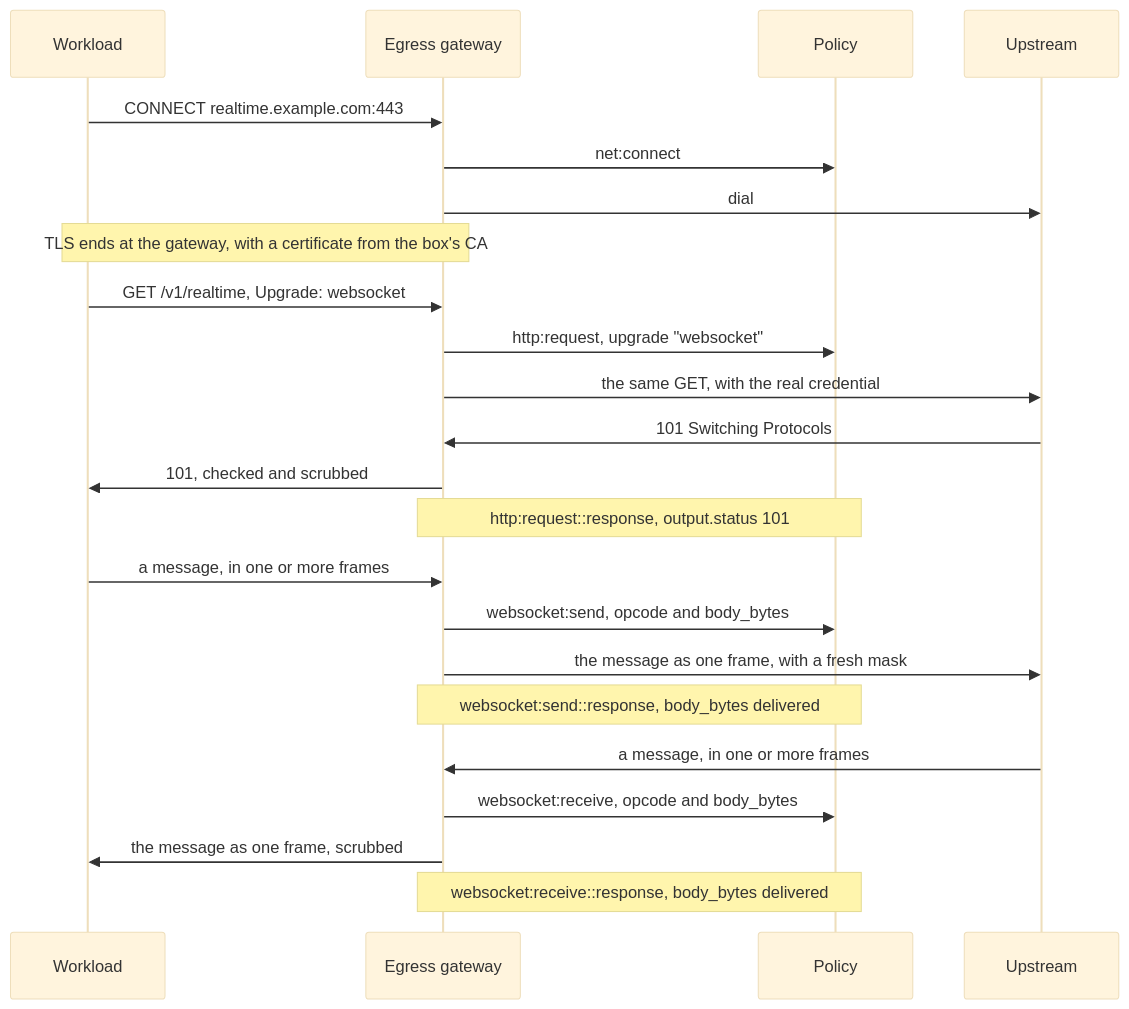
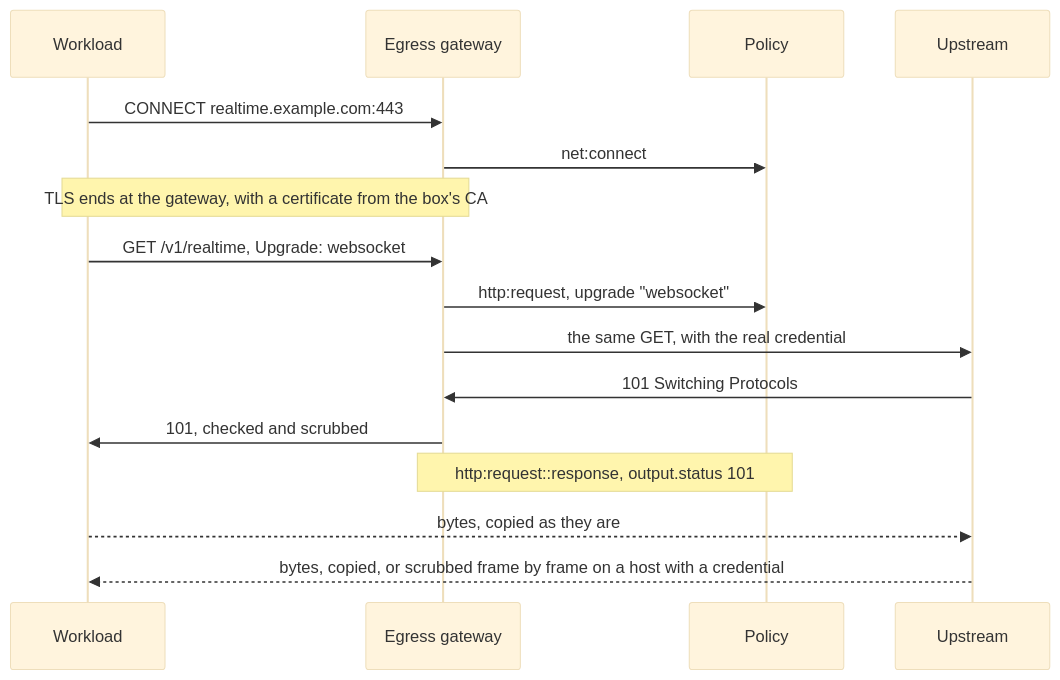
Before and after one commit to strands-agents/box: the diagram in team/designs/0007-egress-websocket.md, drawn with Mermaid (base theme). The commit also changed other lines of this file, not shown here.

````diff
--- a/team/designs/0007-egress-websocket.md
+++ b/team/designs/0007-egress-websocket.md
@@ -36,25 +23,18 @@
 ```mermaid
 sequenceDiagram
     participant W as Workload
     participant G as Egress gateway
     participant P as Policy
     participant U as Upstream
     W->>G: CONNECT realtime.example.com:443
     G->>P: net:connect
-    G->>U: dial
     Note over W,G: TLS ends at the gateway, with a certificate from the box's CA
     W->>G: GET /v1/realtime, Upgrade: websocket
     G->>P: http:request, upgrade "websocket"
     G->>U: the same GET, with the real credential
     U->>G: 101 Switching Protocols
     G->>W: 101, checked and scrubbed
     Note over G,P: http:request::response, output.status 101
-    W->>G: a message, in one or more frames
-    G->>P: websocket:send, opcode and body_bytes
-    G->>U: the message as one frame, with a fresh mask
-    Note over G,P: websocket:send::response, body_bytes delivered
-    U->>G: a message, in one or more frames
-    G->>P: websocket:receive, opcode and body_bytes
-    G->>W: the message as one frame, scrubbed
-    Note over G,P: websocket:receive::response, body_bytes delivered
+    W-->>U: bytes, copied as they are
+    U-->>W: bytes, copied, or scrubbed frame by frame on a host with a credential
 ```
````
